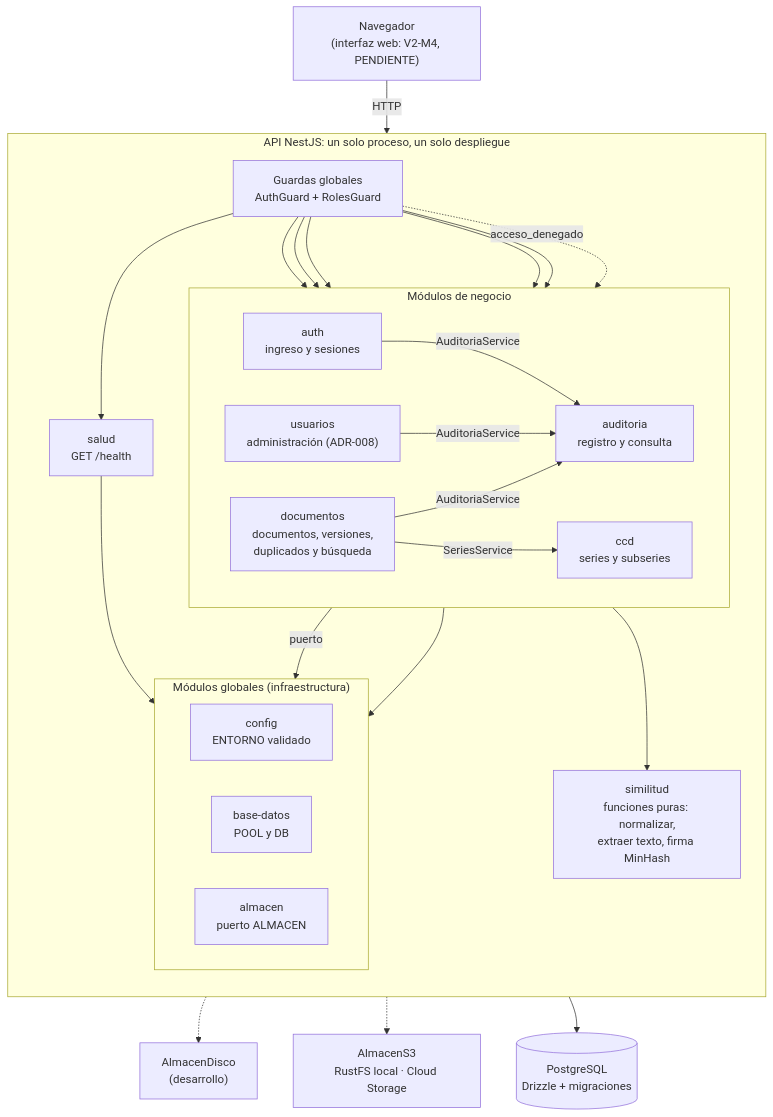
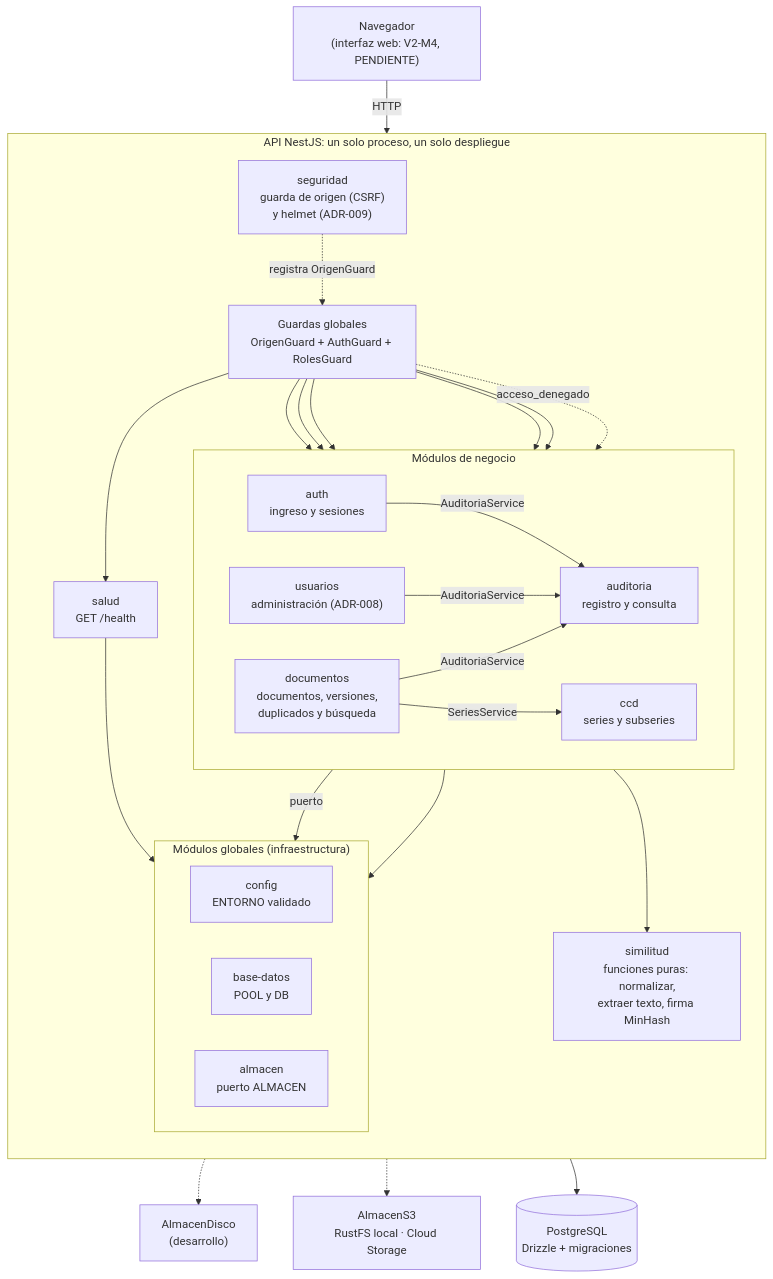
The diagram in docs/arquitectura.md (JuanBastoD/faro-gestion-documental), drawn with Mermaid before and after one commit. The commit also changed other lines of this file and 35 other files, not shown here.

First line of the commit message:
feat(seguridad): límite de intentos de ingreso, CSRF por origen, helmet y gitleaks

````diff
--- a/docs/arquitectura.md
+++ b/docs/arquitectura.md
@@ -10,54 +10,56 @@
 ```mermaid
 flowchart TB
   navegador["Navegador<br/>(interfaz web: V2-M4, PENDIENTE)"]
 
   subgraph api["API NestJS: un solo proceso, un solo despliegue"]
     direction TB
-    guardas["Guardas globales<br/>AuthGuard + RolesGuard"]
+    guardas["Guardas globales<br/>OrigenGuard + AuthGuard + RolesGuard"]
 
     subgraph negocio["Módulos de negocio"]
       direction LR
       auth["auth<br/>ingreso y sesiones"]
       usuarios["usuarios<br/>administración (ADR-008)"]
       ccd["ccd<br/>series y subseries"]
       documentos["documentos<br/>documentos, versiones,<br/>duplicados y búsqueda"]
       auditoria["auditoria<br/>registro y consulta"]
     end
 
     salud["salud<br/>GET /health"]
+    seguridad["seguridad<br/>guarda de origen (CSRF)<br/>y helmet (ADR-009)"]
     similitud["similitud<br/>funciones puras: normalizar,<br/>extraer texto, firma MinHash"]
 
     subgraph infra["Módulos globales (infraestructura)"]
       direction LR
       config["config<br/>ENTORNO validado"]
       bd["base-datos<br/>POOL y DB"]
       almacen["almacen<br/>puerto ALMACEN"]
     end
   end
 
   postgres[("PostgreSQL<br/>Drizzle + migraciones")]
   disco["AlmacenDisco<br/>(desarrollo)"]
   s3["AlmacenS3<br/>RustFS local · Cloud Storage"]
 
   navegador -->|HTTP| guardas
   guardas --> auth
   guardas --> usuarios
   guardas --> ccd
   guardas --> documentos
   guardas --> auditoria
   guardas --> salud
+  seguridad -.->|"registra OrigenGuard"| guardas
 
   guardas -.->|"acceso_denegado"| auditoria
   auth -->|"AuditoriaService"| auditoria
   usuarios -->|"AuditoriaService"| auditoria
   documentos -->|"AuditoriaService"| auditoria
   documentos -->|"SeriesService"| ccd
   documentos --> similitud
   documentos -->|"puerto"| almacen
 
   negocio --> bd
   salud --> bd
   almacen -.-> disco
   almacen -.-> s3
   bd --> postgres
 ```
````
